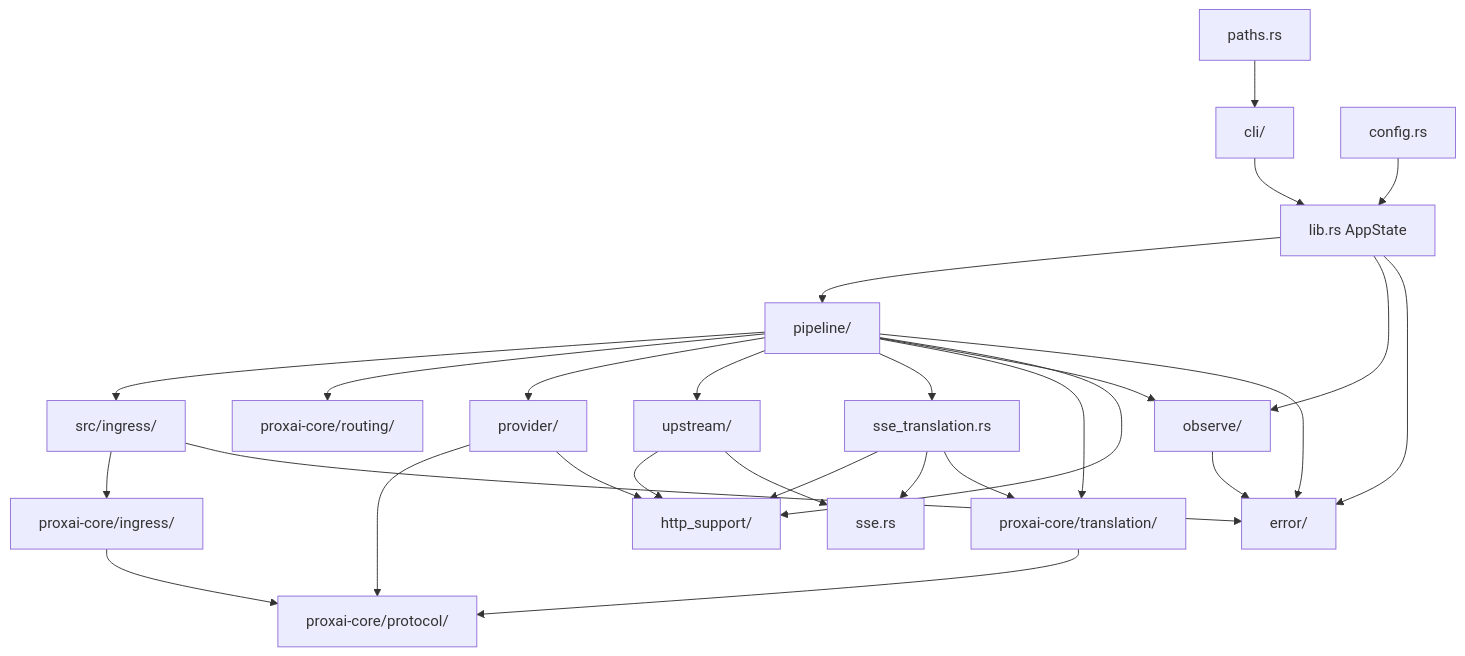
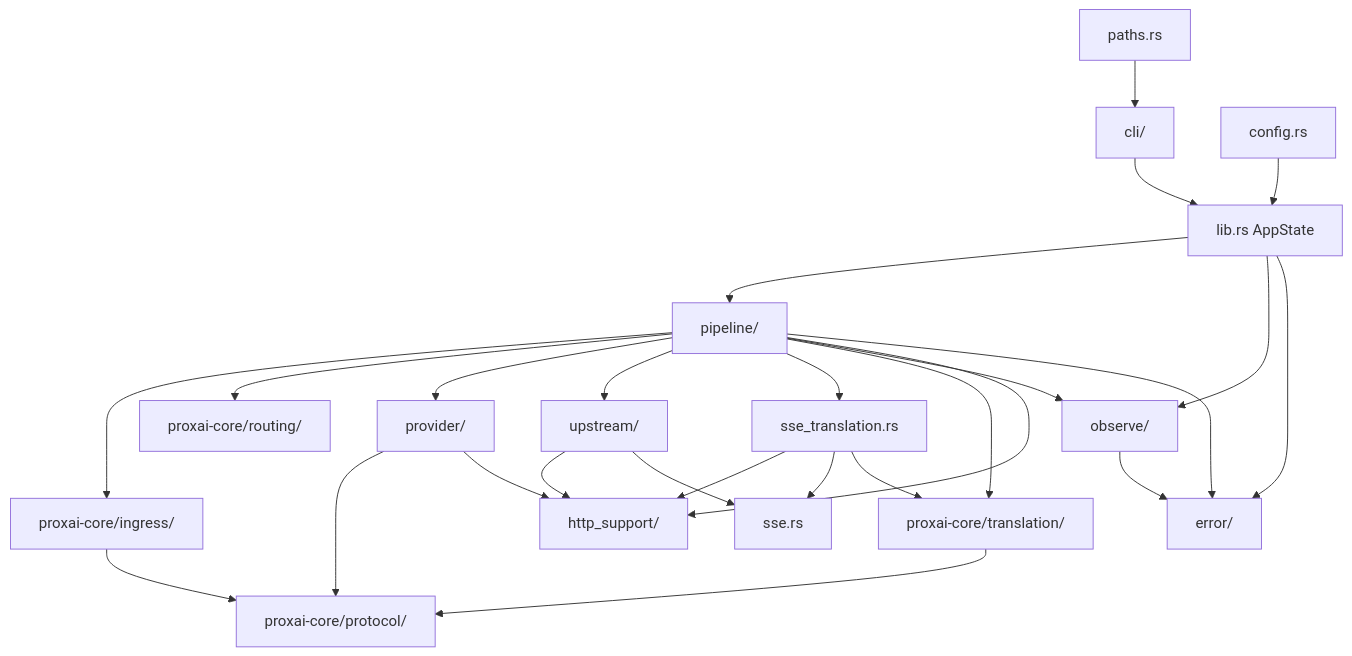
Before and after one commit to VIDLG/proxai: the diagram in site/src/content/docs/developer/architecture/index.mdx, drawn with Mermaid. The commit also changed other lines of this file and 18 other files, not shown here.

Commit message:
Inline application ingress into pipeline

````diff
--- a/site/src/content/docs/developer/architecture/index.mdx
+++ b/site/src/content/docs/developer/architecture/index.mdx
@@ -232,32 +231,30 @@
 ```mermaid
 flowchart TD
   cli[cli/] --> lib[lib.rs AppState]
   config[config.rs] --> lib
   paths[paths.rs] --> cli
   lib --> pipeline[pipeline/]
 
-  pipeline --> app_ingress[src/ingress/]
+  pipeline --> core_ingress[proxai-core/ingress/]
   pipeline --> routing[proxai-core/routing/]
   pipeline --> provider[provider/]
   pipeline --> upstream[upstream/]
   pipeline --> sse_translation[sse_translation.rs]
   pipeline --> translation[proxai-core/translation/]
   pipeline --> observe[observe/]
   pipeline --> http_support[http_support/]
   pipeline --> error[error/]
 
-  app_ingress --> core_ingress[proxai-core/ingress/]
   core_ingress --> protocol[proxai-core/protocol/]
   translation --> protocol
   provider --> protocol
   upstream --> http_support
   provider --> http_support
   sse_translation --> http_support
   sse_translation --> sse[sse.rs]
   sse_translation --> translation
-  app_ingress --> error
   upstream --> sse
   observe --> error
   lib --> observe
   lib --> error
 ```
````
